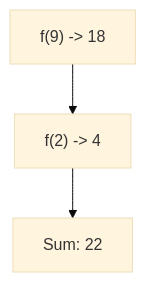
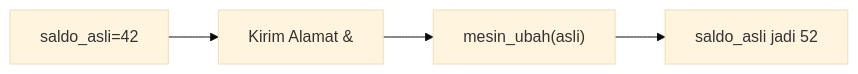
One commit to amnahwaida/OSNK_INF_PREP changed diagram 15 of 25 in part-c-pemahaman-cpp/04-fungsi/latihan/set-09.md. Above: the diagram before and after it, drawn with Mermaid (base theme). The commit also changed other lines of this file and 71 other files, not shown here.

````diff
--- a/part-c-pemahaman-cpp/04-fungsi/latihan/set-09.md
+++ b/part-c-pemahaman-cpp/04-fungsi/latihan/set-09.md
@@ -392,5 +413,6 @@
 ```mermaid
-graph TD
-A["f(9) -> 18"] --> B["f(2) -> 4"]
-B --> C["Sum: 22"]
+graph LR
+A["saldo_asli=42"] --> B["Kirim Alamat &"]
+B --> C["mesin_ubah(asli)"]
+C --> D["saldo_asli jadi 52"]
 ```
````
